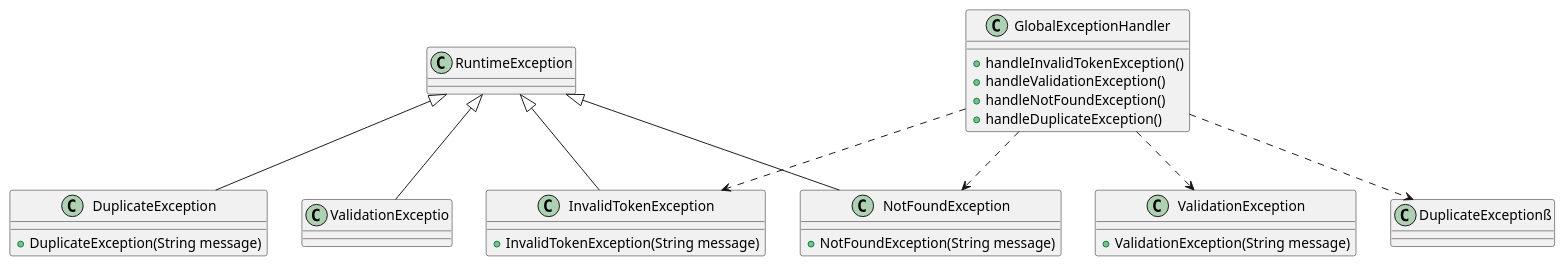
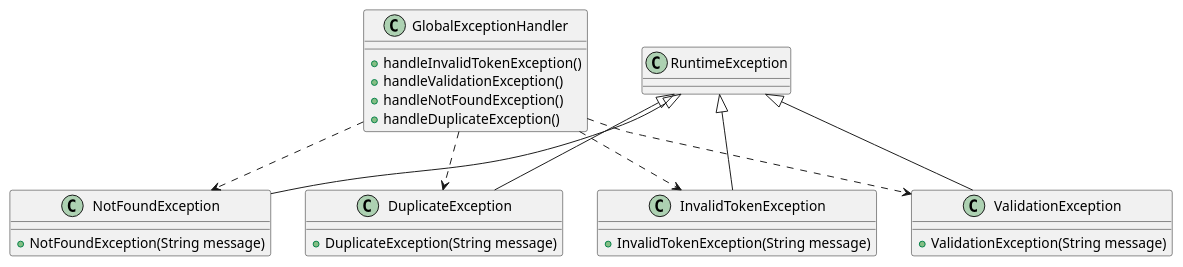
Before and after one commit to ShumpeiKawamura37/portfolio-study-management-app: the diagram in backend/study-management-app/docs/uml/code/class/class-exception.puml, drawn with PlantUML. The commit also changed 9 other files, not shown here.

Commit message:
docs: クラス図とシーケンス完成

```diff
--- a/backend/study-management-app/docs/uml/code/class/class-exception.puml
+++ b/backend/study-management-app/docs/uml/code/class/class-exception.puml
@@ -1,32 +1,32 @@
 @startuml
 class GlobalExceptionHandler {
   + handleInvalidTokenException()
   + handleValidationException()
   + handleNotFoundException()
   + handleDuplicateException()
 }
 
 class InvalidTokenException {
   + InvalidTokenException(String message)
 }
 class ValidationException {
   + ValidationException(String message)
 }
 class NotFoundException {
   + NotFoundException(String message)
 }
 class DuplicateException {
   + DuplicateException(String message)
 }
 
 RuntimeException <|-- InvalidTokenException
-RuntimeException <|-- ValidationExceptio
+RuntimeException <|-- ValidationException
 RuntimeException <|-- NotFoundException
 RuntimeException <|-- DuplicateException
 
 GlobalExceptionHandler ..> InvalidTokenException
 GlobalExceptionHandler ..> ValidationException
 GlobalExceptionHandler ..> NotFoundException
-GlobalExceptionHandler ..> DuplicateExceptionß
+GlobalExceptionHandler ..> DuplicateException
 
 @enduml
```
